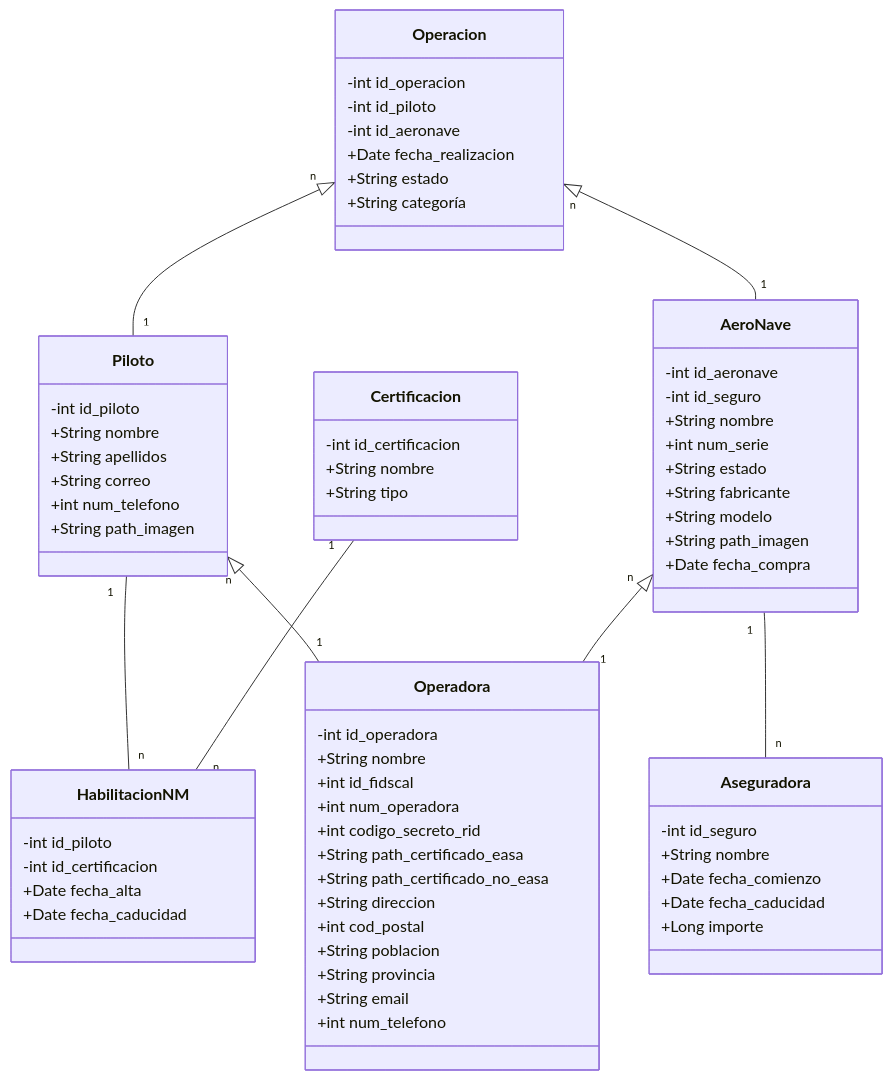
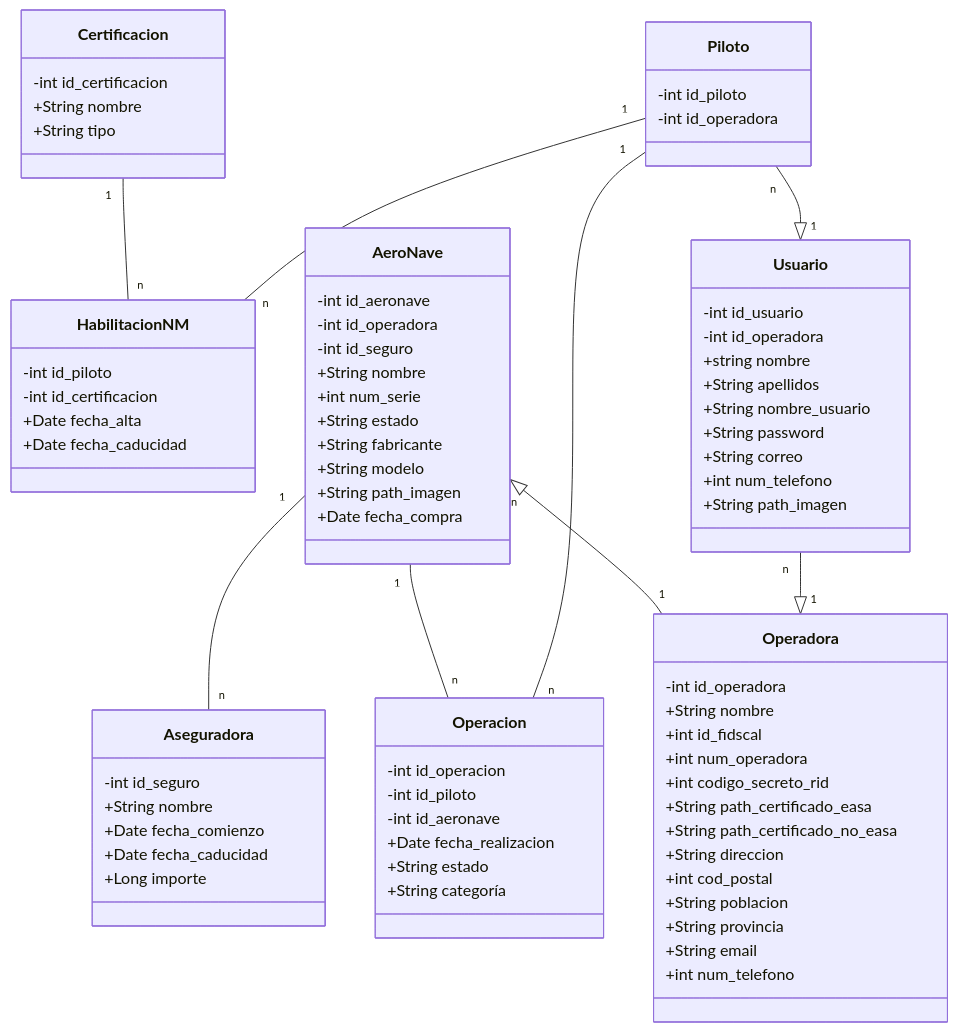
The diagram in GestorDrones-2026-03-04-082714.mmd (kfuentesb/DroneGestory), drawn with Mermaid before and after one commit.

Commit message:
modificado el mermaid

```diff
--- a/GestorDrones-2026-03-04-082714.mmd
+++ b/GestorDrones-2026-03-04-082714.mmd
@@ -1,76 +1,86 @@
 classDiagram
 
     class HabilitacionNM {
 	    -int id_piloto
 	    -int id_certificacion
 	    +Date fecha_alta
 	    +Date fecha_caducidad
     }
 
     class Piloto {
 	    -int id_piloto
-	    +String nombre
-	    +String apellidos
-	    +String correo
-	    +int num_telefono
-      +String path_imagen
+      -int id_operadora
     }
 
     class Certificacion {
 	    -int id_certificacion
 	    +String nombre
 	    +String tipo
     }
 
     class Operacion {
 	    -int id_operacion
 	    -int id_piloto
 	    -int id_aeronave
 	    +Date fecha_realizacion
 	    +String estado
 	    +String categoría
     }
 
     class AeroNave {
 	    -int id_aeronave
+      -int id_operadora
       -int id_seguro
 	    +String nombre
       +int num_serie
       +String estado
       +String fabricante
       +String modelo
       +String path_imagen
       +Date fecha_compra
     }
 
     class Aseguradora {
 	    -int id_seguro
 	    +String nombre
 	    +Date fecha_comienzo
 	    +Date fecha_caducidad
 	    +Long importe
     }
 
     class Operadora {
 	    -int id_operadora
 	    +String nombre
       +int id_fidscal
       +int num_operadora
       +int codigo_secreto_rid
       +String path_certificado_easa
       +String path_certificado_no_easa
       +String direccion
       +int cod_postal
       +String poblacion
       +String provincia
       +String email
       +int num_telefono
     }
 
+    class Usuario{
+      -int id_usuario
+      -int id_operadora
+      +string nombre
+      +String apellidos
+      +String nombre_usuario
+      +String password
+      +String correo
+      +int num_telefono
+      +String path_imagen
+    }
+
     Piloto "1" -- "n" HabilitacionNM
     Certificacion "1" -- "n" HabilitacionNM
-    Operacion "n" <|-- "1" Piloto
-    Operacion "n" <|-- "1" AeroNave
+    Piloto "1" -- "n" Operacion
+    AeroNave "1" -- "n" Operacion
     AeroNave "1" -- "n" Aseguradora
-    Piloto "n" <|-- "1" Operadora
+    Piloto "n" --|> "1" Usuario
+    Usuario "n" --|> "1" Operadora
     AeroNave "n" <|-- "1" Operadora
```
